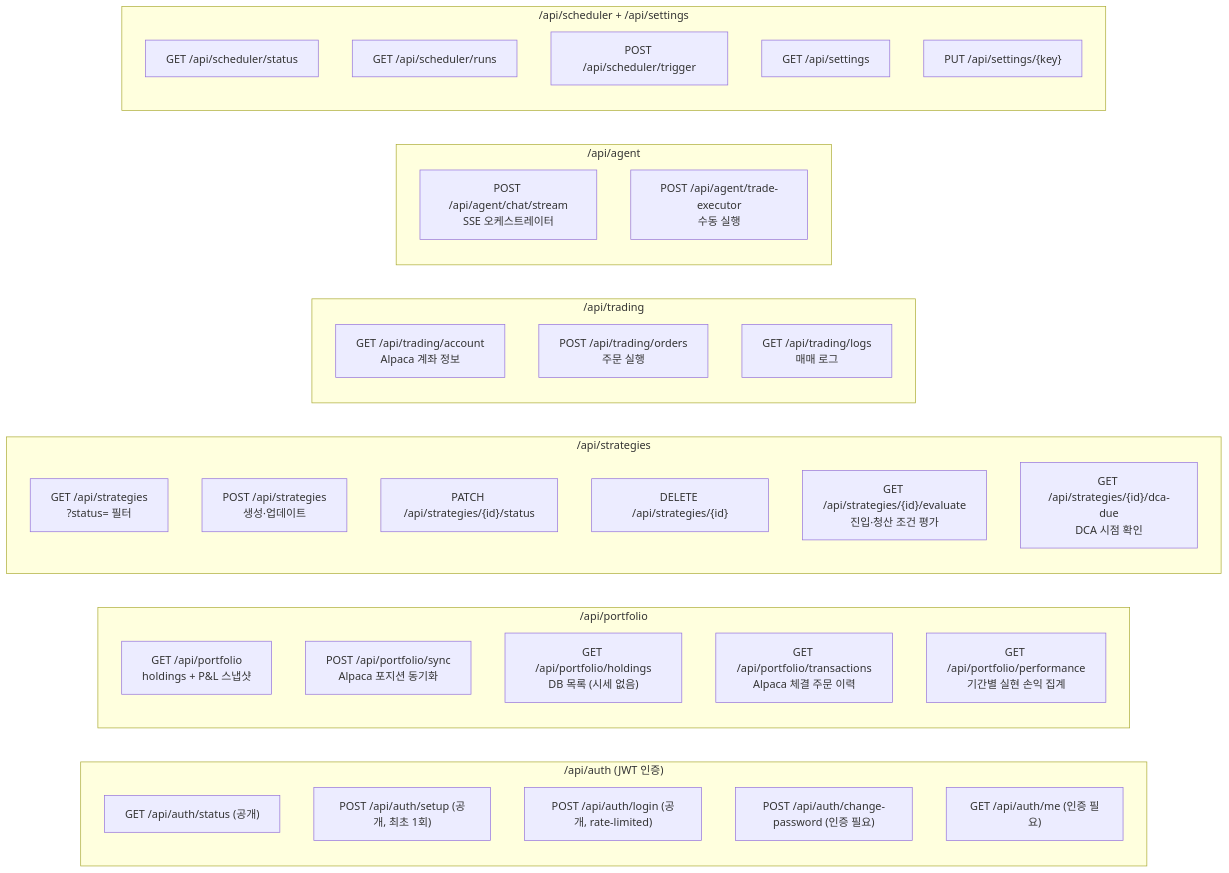
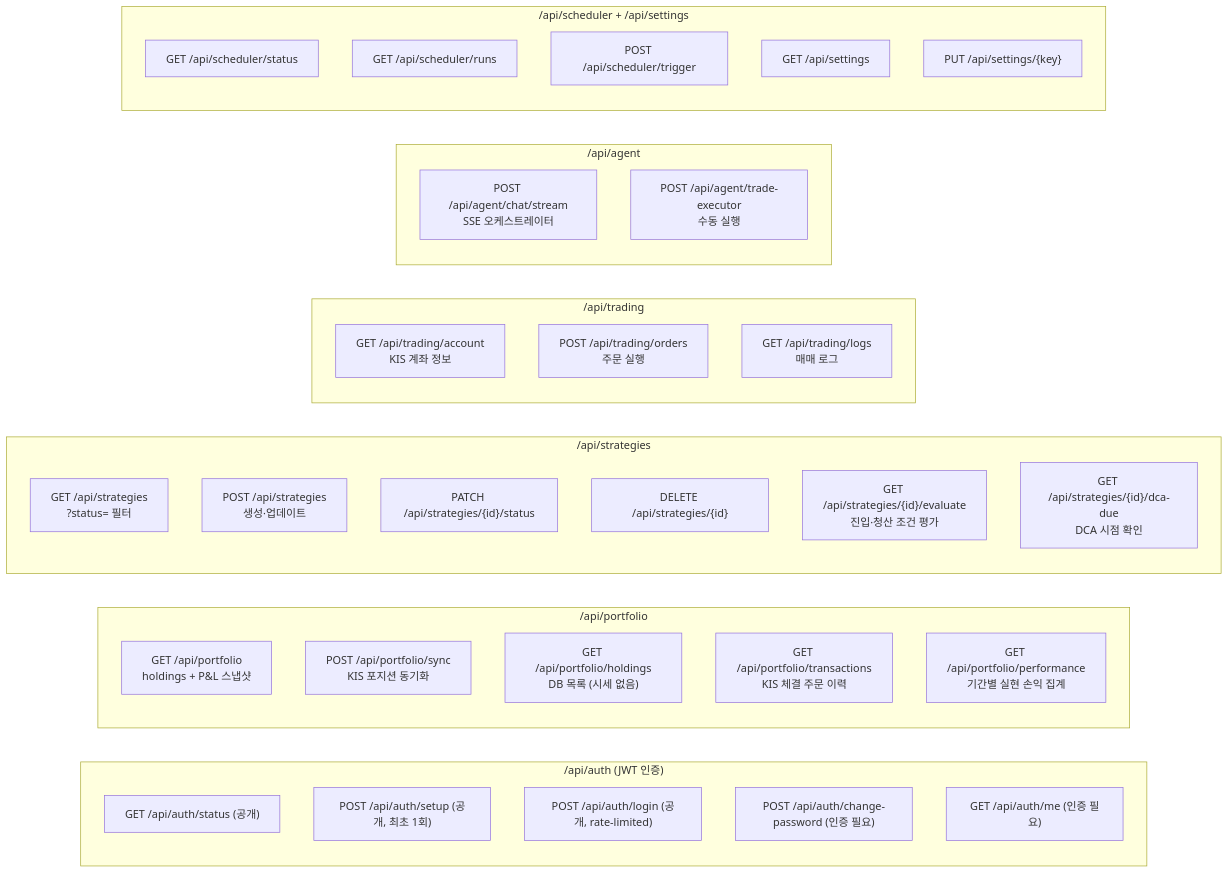
Before and after one commit to yogurt-c/auto-trading: the fourth of 5 diagrams in .claude/docs/architecture-ddd.md, drawn with Mermaid. The commit also changed other lines of this file and 5 other files, not shown here.

````diff
--- a/.claude/docs/architecture-ddd.md
+++ b/.claude/docs/architecture-ddd.md
@@ -162,46 +162,46 @@
 ```mermaid
 graph LR
     subgraph auth["/api/auth (JWT 인증)"]
         AU1["GET /api/auth/status (공개)"]
         AU2["POST /api/auth/setup (공개, 최초 1회)"]
         AU3["POST /api/auth/login (공개, rate-limited)"]
         AU4["POST /api/auth/change-password (인증 필요)"]
         AU5["GET /api/auth/me (인증 필요)"]
     end
 
     subgraph portfolio["/api/portfolio"]
         P1["GET /api/portfolio<br/>holdings + P&L 스냅샷"]
-        P2["POST /api/portfolio/sync<br/>Alpaca 포지션 동기화"]
+        P2["POST /api/portfolio/sync<br/>KIS 포지션 동기화"]
         P3["GET /api/portfolio/holdings<br/>DB 목록 (시세 없음)"]
-        P4["GET /api/portfolio/transactions<br/>Alpaca 체결 주문 이력"]
+        P4["GET /api/portfolio/transactions<br/>KIS 체결 주문 이력"]
         P5["GET /api/portfolio/performance<br/>기간별 실현 손익 집계"]
     end
 
     subgraph strategies["/api/strategies"]
         S1["GET /api/strategies<br/>?status= 필터"]
         S2["POST /api/strategies<br/>생성·업데이트"]
         S3["PATCH /api/strategies/{id}/status"]
         S4["DELETE /api/strategies/{id}"]
         S5["GET /api/strategies/{id}/evaluate<br/>진입·청산 조건 평가"]
         S6["GET /api/strategies/{id}/dca-due<br/>DCA 시점 확인"]
     end
 
     subgraph trading["/api/trading"]
-        T1["GET /api/trading/account<br/>Alpaca 계좌 정보"]
+        T1["GET /api/trading/account<br/>KIS 계좌 정보"]
         T2["POST /api/trading/orders<br/>주문 실행"]
         T3["GET /api/trading/logs<br/>매매 로그"]
     end
 
     subgraph agent["/api/agent"]
         A1["POST /api/agent/chat/stream<br/>SSE 오케스트레이터"]
         A2["POST /api/agent/trade-executor<br/>수동 실행"]
     end
 
     subgraph sched["/api/scheduler + /api/settings"]
         SC1["GET /api/scheduler/status"]
         SC2["GET /api/scheduler/runs"]
         SC3["POST /api/scheduler/trigger"]
         SC4["GET /api/settings"]
         SC5["PUT /api/settings/{key}"]
     end
 ```
````
